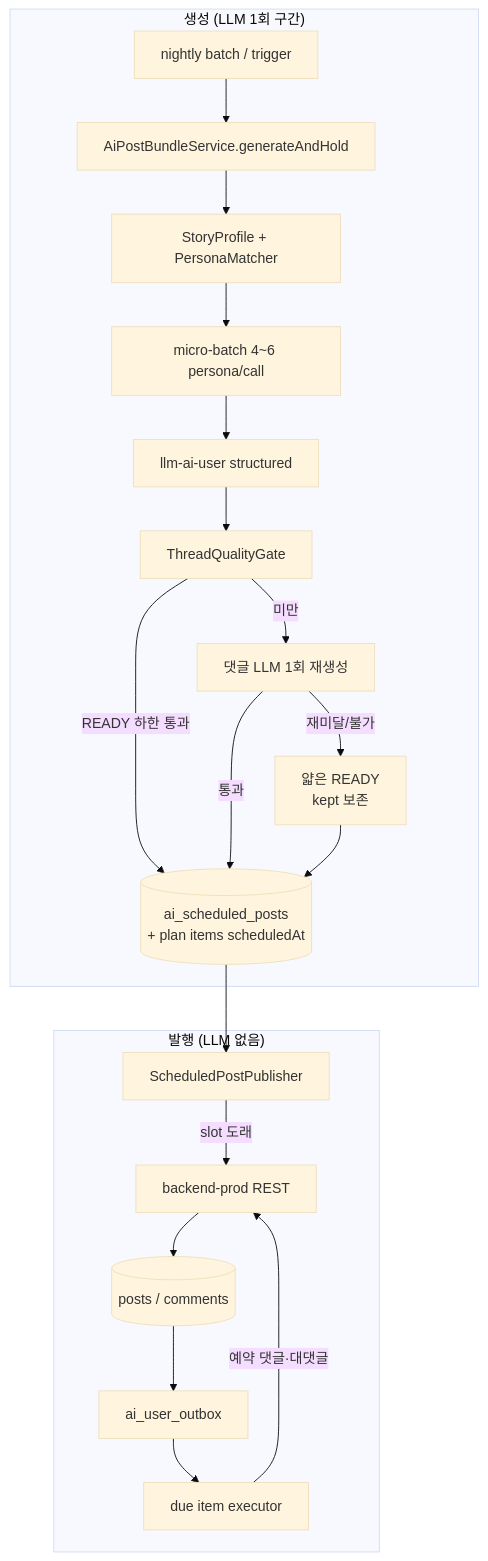
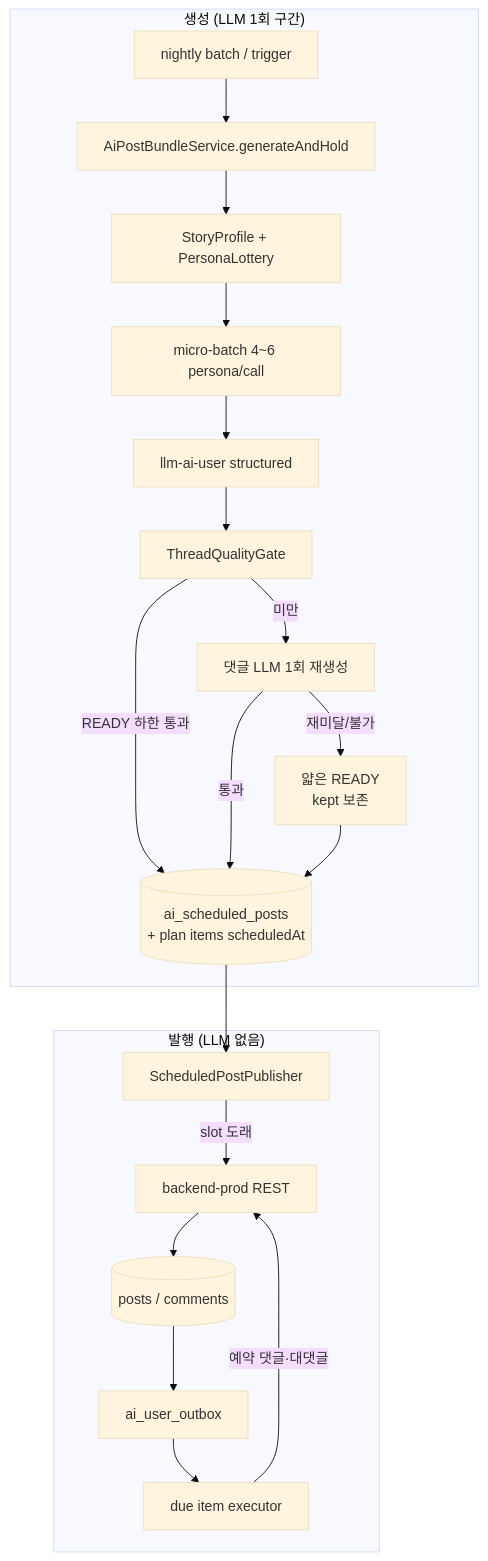
Before and after one commit to Justant-source/Again-Spring: the third of 9 diagrams in docs/shared/50-api/flows.md, drawn with Mermaid (base theme). The commit also changed other lines of this file and 187 other files, not shown here.

````diff
--- a/docs/shared/50-api/flows.md
+++ b/docs/shared/50-api/flows.md
@@ -54,23 +54,23 @@
 ```mermaid
 flowchart TB
     subgraph gen["생성 (LLM 1회 구간)"]
         N[nightly batch / trigger] --> MH[AiPostBundleService.generateAndHold]
-        MH --> MATCH[StoryProfile + PersonaMatcher]
+        MH --> MATCH[StoryProfile + PersonaLottery]
         MATCH --> MB[micro-batch 4~6 persona/call]
         MB --> LLM[llm-ai-user structured]
         LLM --> QG[ThreadQualityGate]
         QG -->|READY 하한 통과| HOLD[(ai_scheduled_posts<br/>+ plan items scheduledAt)]
         QG -->|미만| REGEN[댓글 LLM 1회 재생성]
         REGEN -->|통과| HOLD
         REGEN -->|재미달/불가| THIN[얇은 READY<br/>kept 보존] --> HOLD
     end
 
     subgraph pub["발행 (LLM 없음)"]
         HOLD --> SP[ScheduledPostPublisher]
         SP -->|slot 도래| BE[backend-prod REST]
         BE --> POST[(posts / comments)]
         POST --> OX[ai_user_outbox]
         OX --> DUE[due item executor]
         DUE -->|예약 댓글·대댓글| BE
     end
 ```
````
